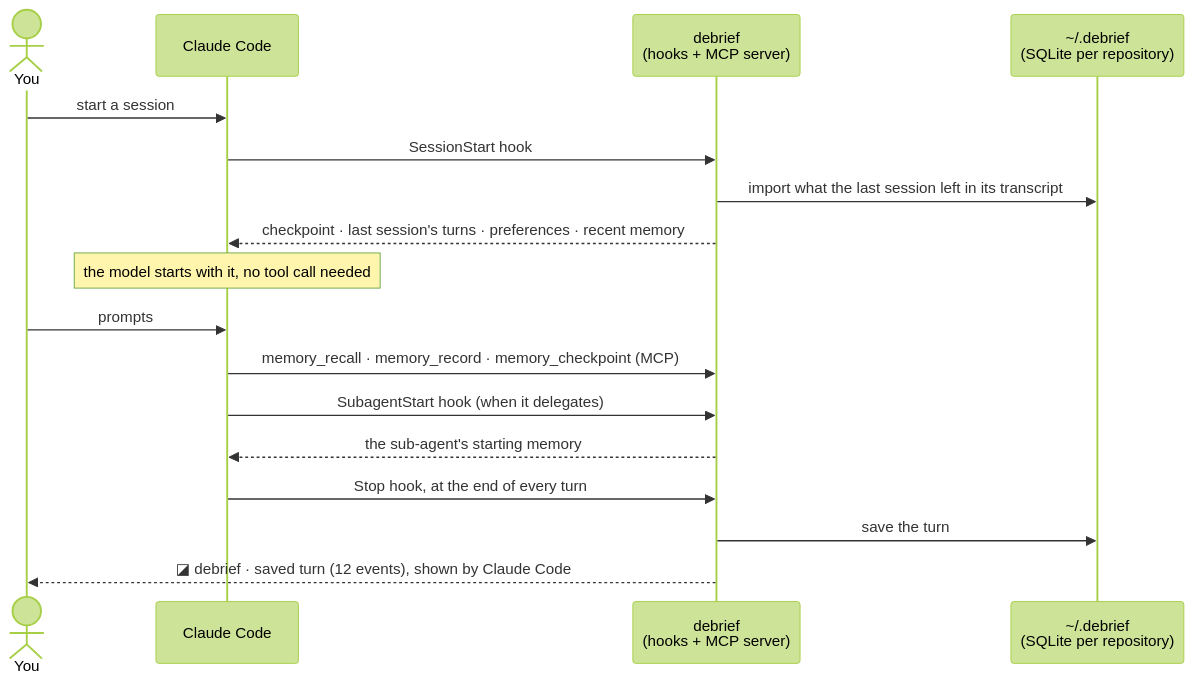
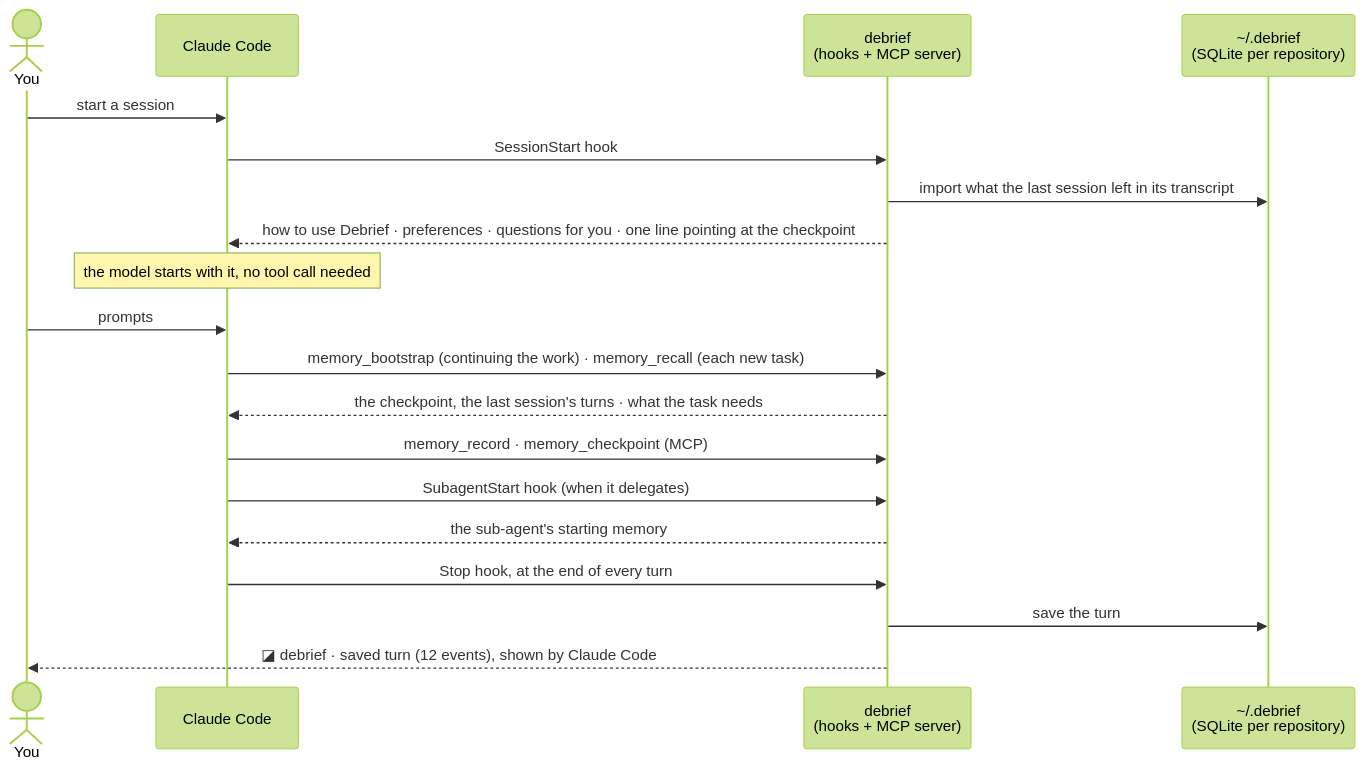
Before and after one commit to 0xAysh/debrief: the diagram in README.md, drawn with Mermaid (forest theme). The commit also changed other lines of this file and 13 other files, not shown here.

First line of the commit message:
feat: slim session start: a pointer to the work, not the work (#33)

````diff
--- a/README.md
+++ b/README.md
@@ -19,20 +19,22 @@
 ```mermaid
 sequenceDiagram
     actor You
     participant CC as Claude Code
     participant D as debrief<br/>(hooks + MCP server)
     participant DB as ~/.debrief<br/>(SQLite per repository)
 
     You->>CC: start a session
     CC->>D: SessionStart hook
     D->>DB: import what the last session left in its transcript
-    D-->>CC: checkpoint · last session's turns · preferences · recent memory
+    D-->>CC: how to use Debrief · preferences · questions for you · one line pointing at the checkpoint
     Note over CC: the model starts with it, no tool call needed
     You->>CC: prompts
-    CC->>D: memory_recall · memory_record · memory_checkpoint (MCP)
+    CC->>D: memory_bootstrap (continuing the work) · memory_recall (each new task)
+    D-->>CC: the checkpoint, the last session's turns · what the task needs
+    CC->>D: memory_record · memory_checkpoint (MCP)
     CC->>D: SubagentStart hook (when it delegates)
     D-->>CC: the sub-agent's starting memory
     CC->>D: Stop hook, at the end of every turn
     D->>DB: save the turn
     D-->>You: ◪ debrief · saved turn (12 events), shown by Claude Code
 ```
````
